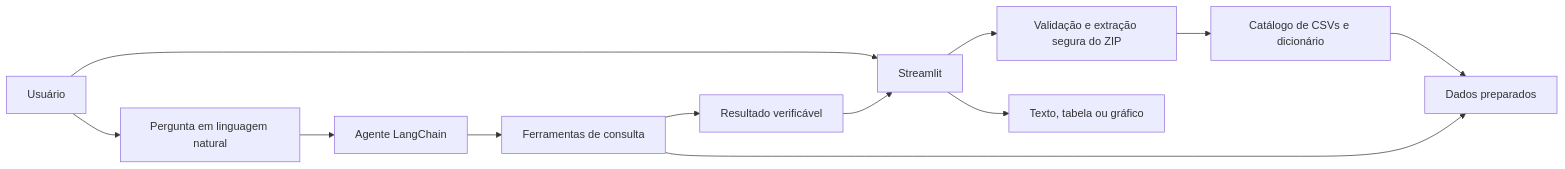
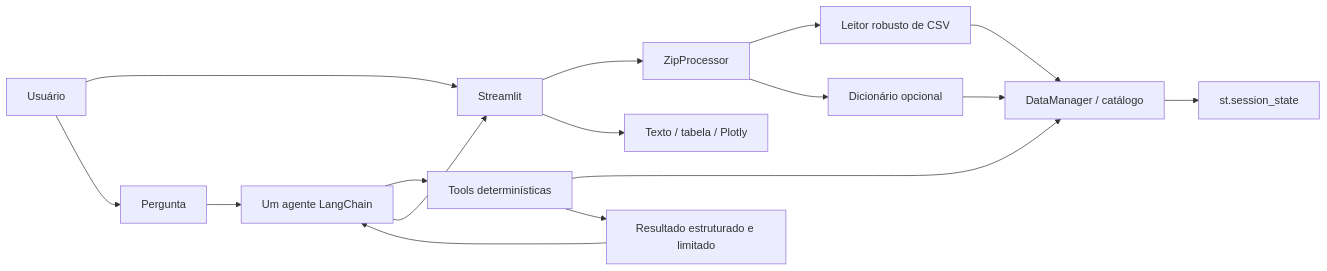
Before and after one commit to malandrindev/IICA-CSV-desafio4: the diagram in docs/arquitetura.md, drawn with Mermaid. The commit also changed other lines of this file and 37 other files, not shown here.

````diff
--- a/docs/arquitetura.md
+++ b/docs/arquitetura.md
@@ -9,14 +11,18 @@
 ```mermaid
 flowchart LR
     U[Usuário] --> UI[Streamlit]
-    UI --> ZIP[Validação e extração segura do ZIP]
-    ZIP --> CAT[Catálogo de CSVs e dicionário]
-    CAT --> DF[Dados preparados]
-    U --> Q[Pergunta em linguagem natural]
-    Q --> AG[Agente LangChain]
-    AG --> TL[Ferramentas de consulta]
-    TL --> DF
-    TL --> RS[Resultado verificável]
-    RS --> UI
-    UI --> OUT[Texto, tabela ou gráfico]
+    UI --> Z[ZipProcessor]
+    Z --> C[Leitor robusto de CSV]
+    C --> DM[DataManager / catálogo]
+    Z --> DD[Dicionário opcional]
+    DD --> DM
+    DM --> SS[st.session_state]
+    U --> Q[Pergunta]
+    Q --> A[Um agente LangChain]
+    A --> T[Tools determinísticas]
+    T --> DM
+    T --> R[Resultado estruturado e limitado]
+    R --> A
+    A --> UI
+    UI --> O[Texto / tabela / Plotly]
 ```
````
